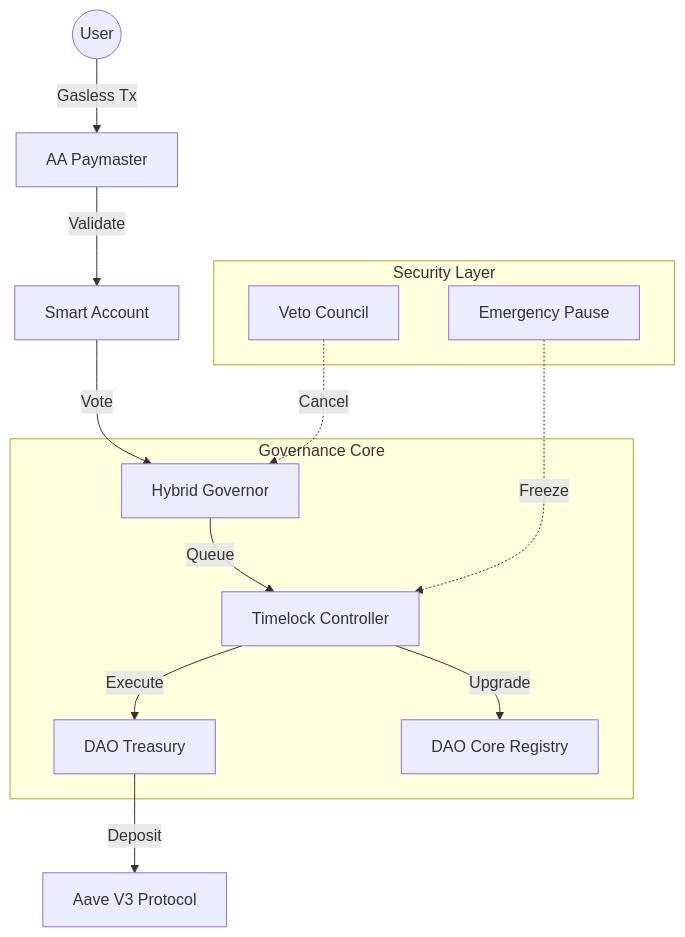
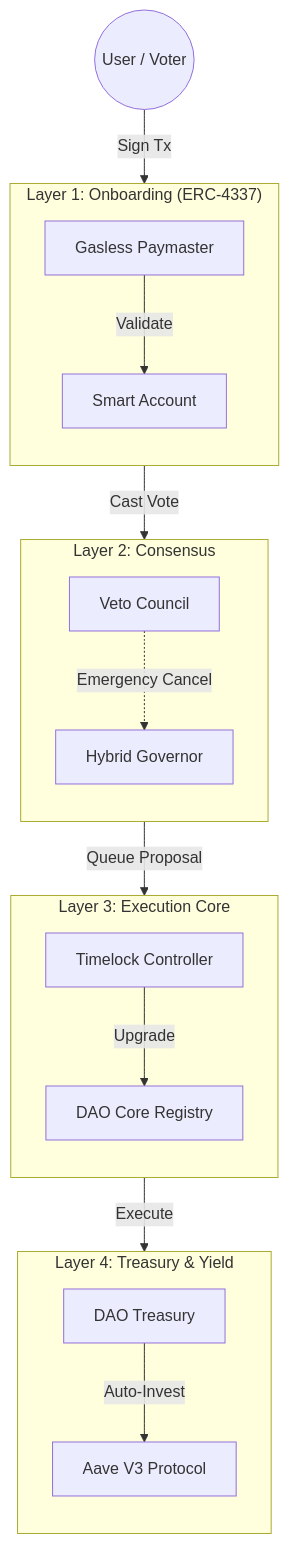
One commit to NexTechArchitect/Sentinel-DAO changed the diagram in README.md. Above: the diagram before and after it, drawn with Mermaid. The commit also changed other lines of this file, not shown here.

````diff
--- a/README.md
+++ b/README.md
@@ -53,20 +53,47 @@
 ```mermaid
 graph TD
-    User((User)) -->|Gasless Tx| Paymaster[AA Paymaster]
-    Paymaster -->|Validate| AA[Smart Account]
-    AA -->|Vote| Governor[Hybrid Governor]
+    %% Actors
+    User((User / Voter))
+
+    %% Account Abstraction Layer
+    subgraph "Layer 1: Onboarding (ERC-4337)"
+        direction TB
+        Paymaster[Gasless Paymaster]
+        AA[Smart Account]
+    end
+
+    %% Governance Layer
+    subgraph "Layer 2: Consensus"
+        direction TB
+        Governor[Hybrid Governor]
+        Veto[Veto Council]
+    end
+
+    %% Execution Layer
+    subgraph "Layer 3: Execution Core"
+        direction TB
+        Timelock[Timelock Controller]
+        Core[DAO Core Registry]
+    end
+
+    %% Asset Layer
+    subgraph "Layer 4: Treasury & Yield"
+        direction TB
+        Treasury[DAO Treasury]
+        Aave[Aave V3 Protocol]
+    end
+
+    %% Connections
+    User -->|Sign Tx| Paymaster
+    Paymaster -->|Validate| AA
+    AA -->|Cast Vote| Governor
     
-    subgraph "Governance Core"
-    Governor -->|Queue| Timelock[Timelock Controller]
-    Timelock -->|Execute| Treasury[DAO Treasury]
-    Timelock -->|Upgrade| Core[DAO Core Registry]
-    end
+    Governor -->|Queue Proposal| Timelock
+    Veto -.->|Emergency Cancel| Governor
     
-    subgraph "Security Layer"
-    Veto[Veto Council] -.->|Cancel| Governor
-    Pause[Emergency Pause] -.->|Freeze| Timelock
-    end
+    Timelock -->|Execute| Treasury
+    Timelock -->|Upgrade| Core
     
-    Treasury -->|Deposit| Aave[Aave V3 Protocol]
+    Treasury -->|Auto-Invest| Aave
 
 ```
````
